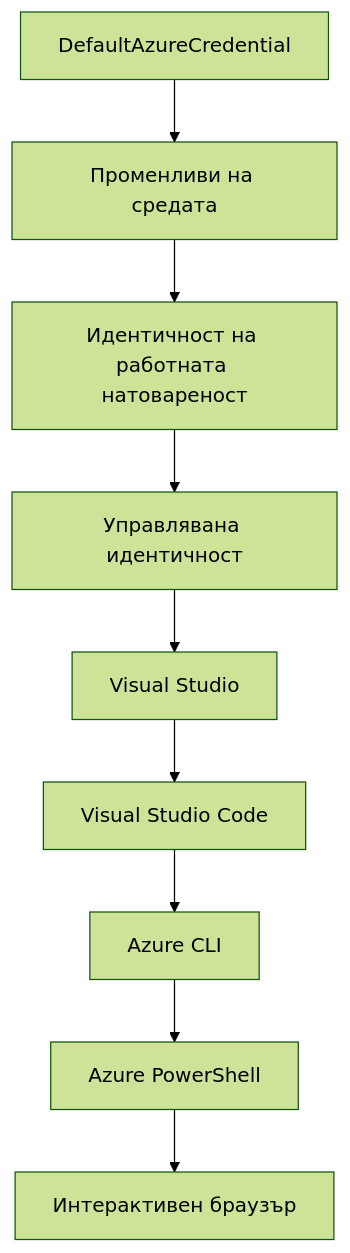
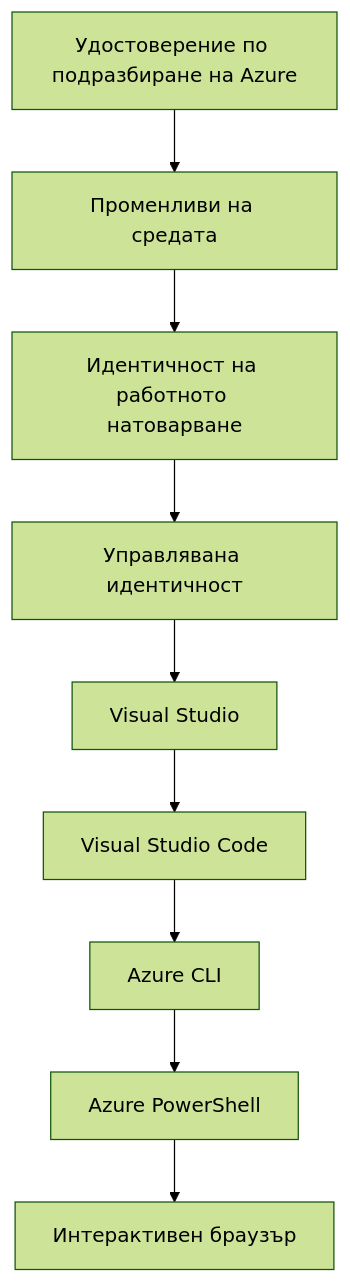
Before and after one commit to microsoft/AZD-for-beginners: the second of 2 diagrams in translations/bg/docs/chapter-01-foundation/azd-basics.md, drawn with Mermaid (forest theme). The commit also changed other lines of this file and 104 other files, not shown here.

````diff
--- a/translations/bg/docs/chapter-01-foundation/azd-basics.md
+++ b/translations/bg/docs/chapter-01-foundation/azd-basics.md
@@ -591,11 +608,11 @@
 ```mermaid
 graph TD
-    A[DefaultAzureCredential] --> B[Променливи на средата]
-    B --> C[Идентичност на работната натовареност]
+    A[Удостоверение по подразбиране на Azure] --> B[Променливи на средата]
+    B --> C[Идентичност на работното натоварване]
     C --> D[Управлявана идентичност]
     D --> E[Visual Studio]
     E --> F[Visual Studio Code]
     F --> G[Azure CLI]
     G --> H[Azure PowerShell]
     H --> I[Интерактивен браузър]
 ```
````
